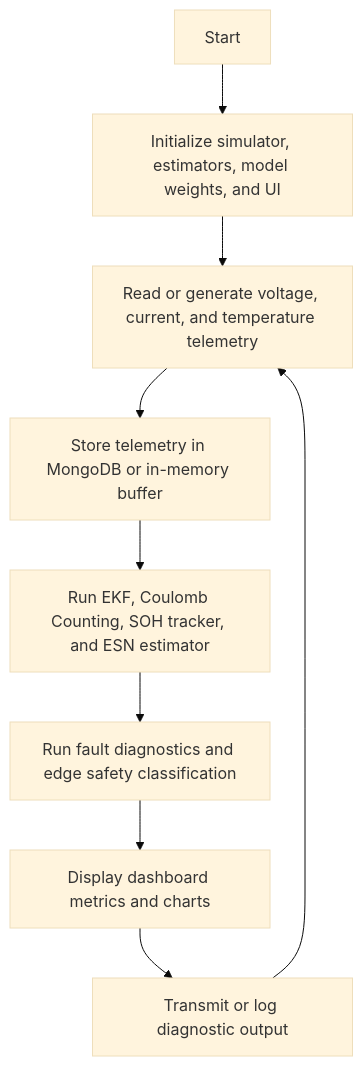
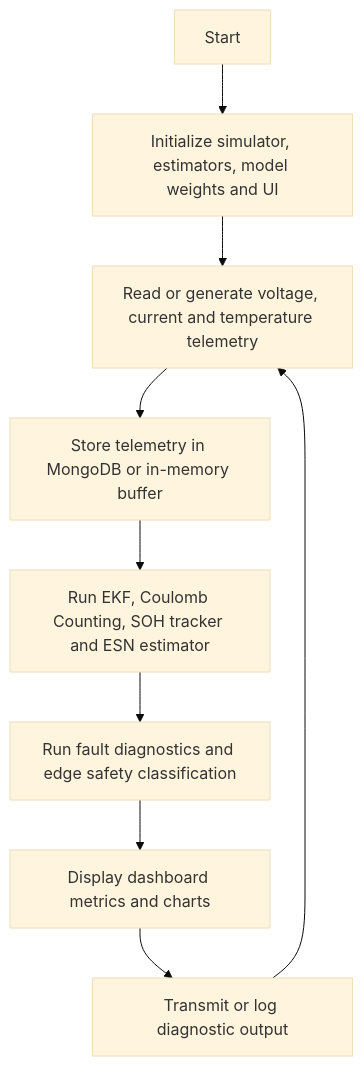
Before and after one commit to tanish-jain-225/Battery_State_Estimator_BE_Project_2026_2027: the third of 3 diagrams in README.md, drawn with Mermaid (base theme). The commit also changed other lines of this file and 16 other files, not shown here.

````diff
--- a/README.md
+++ b/README.md
@@ -318,11 +318,11 @@
 ```mermaid
 flowchart TD
-    A["Start"] --> B["Initialize simulator, estimators, model weights, and UI"]
-    B --> C["Read or generate voltage, current, and temperature telemetry"]
+    A["Start"] --> B["Initialize simulator, estimators, model weights and UI"]
+    B --> C["Read or generate voltage, current and temperature telemetry"]
     C --> D["Store telemetry in MongoDB or in-memory buffer"]
-    D --> E["Run EKF, Coulomb Counting, SOH tracker, and ESN estimator"]
+    D --> E["Run EKF, Coulomb Counting, SOH tracker and ESN estimator"]
     E --> F["Run fault diagnostics and edge safety classification"]
     F --> G["Display dashboard metrics and charts"]
     G --> H["Transmit or log diagnostic output"]
     H --> C
 ```
````
